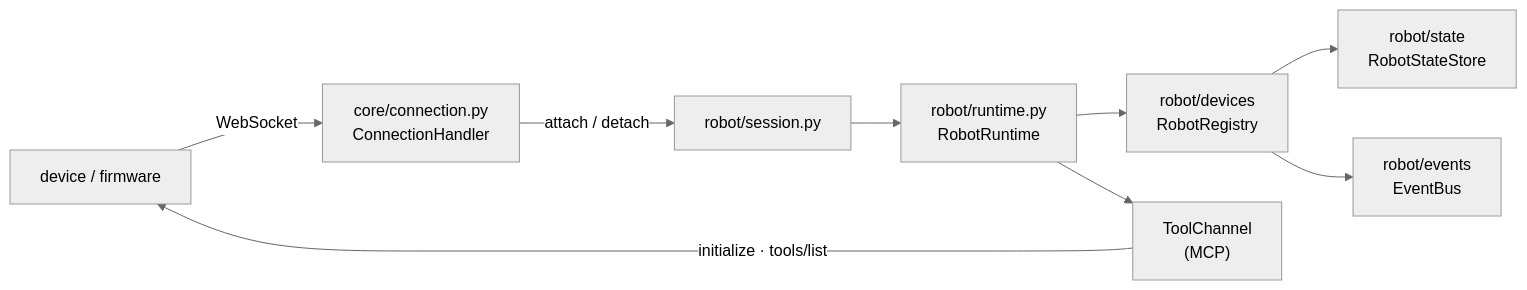
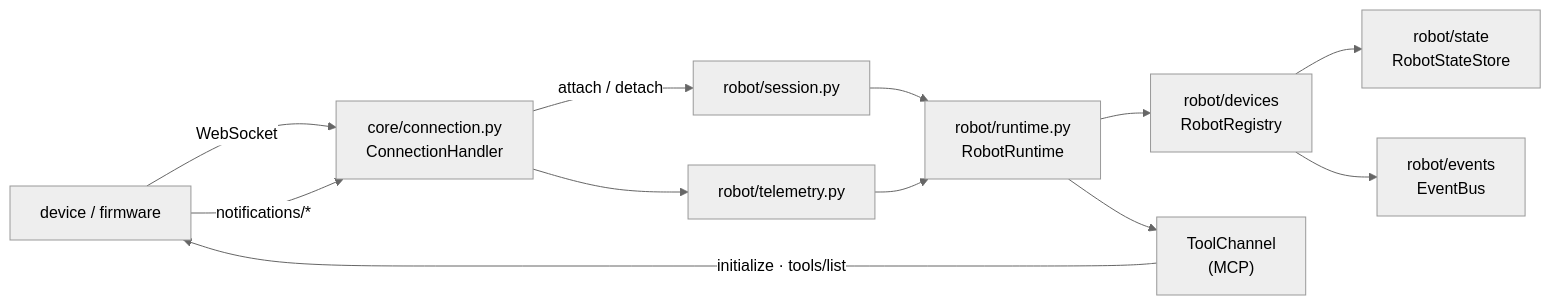
The diagram in docs/robot-domain.md (AA-Box/Nilo), drawn with Mermaid (neutral theme) before and after one commit. The commit also changed other lines of this file and 29 other files, not shown here.

First line of the commit message:
feat(robot): a complete robot simulator, and the telemetry channel it needs

````diff
--- a/docs/robot-domain.md
+++ b/docs/robot-domain.md
@@ -27,11 +29,14 @@
 ```mermaid
 flowchart LR
     DEV["device / firmware"] -->|WebSocket| CONN["core/connection.py<br/>ConnectionHandler"]
     CONN -->|attach / detach| SEAM["robot/session.py"]
     SEAM --> RT["robot/runtime.py<br/>RobotRuntime"]
     RT --> REG["robot/devices<br/>RobotRegistry"]
     RT --> CH["ToolChannel<br/>(MCP)"]
     REG --> ST["robot/state<br/>RobotStateStore"]
     REG --> EV["robot/events<br/>EventBus"]
     CH -->|initialize · tools/list| DEV
+    DEV -->|notifications/*| CONN
+    CONN --> TEL["robot/telemetry.py"]
+    TEL --> RT
 ```
````
